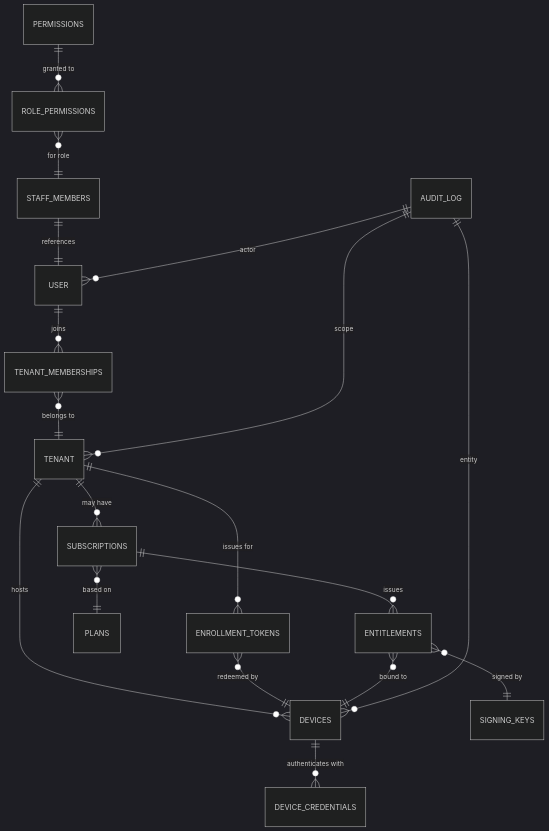
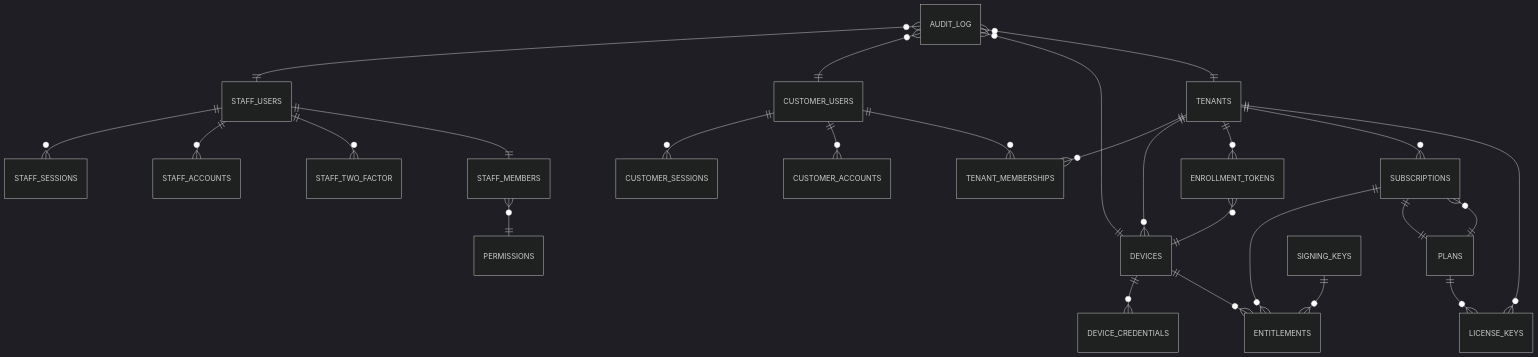
The diagram in docs/ARCHITECTURE.md (Affinity-Minds/cloudbox), drawn with Mermaid (dark theme) before and after one commit. The commit also changed other lines of this file and 1 other file, not shown here.

First line of the commit message:
docs: ARCHITECTURE and SECURITY — Phase 2 systems complete

````diff
--- a/docs/ARCHITECTURE.md
+++ b/docs/ARCHITECTURE.md
@@ -41,20 +95,28 @@
 ```mermaid
 erDiagram
-    USER ||--o{ TENANT_MEMBERSHIPS : joins
-    TENANT_MEMBERSHIPS }o--|| TENANT : "belongs to"
-    STAFF_MEMBERS ||--|| USER : references
-    PERMISSIONS ||--o{ ROLE_PERMISSIONS : "granted to"
-    ROLE_PERMISSIONS }o--|| STAFF_MEMBERS : "for role"
-    TENANT ||--o{ DEVICES : hosts
-    TENANT ||--o{ SUBSCRIPTIONS : "may have"
-    TENANT ||--o{ ENROLLMENT_TOKENS : "issues for"
-    ENROLLMENT_TOKENS }o--|| DEVICES : "redeemed by"
-    DEVICES ||--o{ DEVICE_CREDENTIALS : "authenticates with"
-    SUBSCRIPTIONS }o--|| PLANS : "based on"
-    SUBSCRIPTIONS ||--o{ ENTITLEMENTS : "issues"
-    ENTITLEMENTS }o--|| DEVICES : "bound to"
-    ENTITLEMENTS }o--|| SIGNING_KEYS : "signed by"
-    AUDIT_LOG ||--o{ USER : "actor"
-    AUDIT_LOG ||--o{ DEVICES : "entity"
-    AUDIT_LOG ||--o{ TENANT : "scope"
+    STAFF_USERS ||--o{ STAFF_SESSIONS : ""
+    STAFF_USERS ||--o{ STAFF_ACCOUNTS : ""
+    STAFF_USERS ||--o{ STAFF_TWO_FACTOR : ""
+    STAFF_USERS ||--|| STAFF_MEMBERS : ""
+    STAFF_MEMBERS }o--|| PERMISSIONS : ""
+    CUSTOMER_USERS ||--o{ CUSTOMER_SESSIONS : ""
+    CUSTOMER_USERS ||--o{ CUSTOMER_ACCOUNTS : ""
+    CUSTOMER_USERS ||--o{ TENANT_MEMBERSHIPS : ""
+    TENANTS ||--o{ TENANT_MEMBERSHIPS : ""
+    TENANTS ||--o{ DEVICES : ""
+    TENANTS ||--o{ ENROLLMENT_TOKENS : ""
+    TENANTS ||--o{ SUBSCRIPTIONS : ""
+    PLANS ||--o{ SUBSCRIPTIONS : ""
+    ENROLLMENT_TOKENS }o--|| DEVICES : ""
+    DEVICES ||--o{ DEVICE_CREDENTIALS : ""
+    DEVICES ||--o{ ENTITLEMENTS : ""
+    SUBSCRIPTIONS ||--o{ ENTITLEMENTS : ""
+    SUBSCRIPTIONS ||--|| PLANS : ""
+    SIGNING_KEYS ||--o{ ENTITLEMENTS : ""
+    AUDIT_LOG }o--|| STAFF_USERS : ""
+    AUDIT_LOG }o--|| CUSTOMER_USERS : ""
+    AUDIT_LOG }o--|| DEVICES : ""
+    AUDIT_LOG }o--|| TENANTS : ""
+    PLANS ||--o{ LICENSE_KEYS : ""
+    LICENSE_KEYS }o--|| TENANTS : ""
 ```
````
